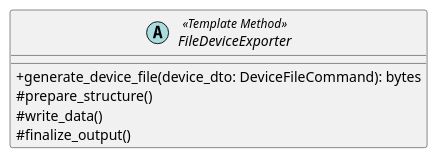
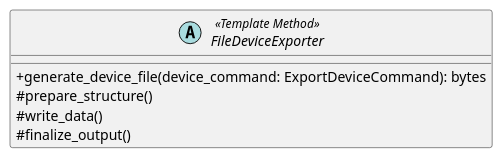
The diagram in src/PB/DocumentazioneEsterna/Specifica_Tecnica/content/uml/puml/Diagrammi_classi/Backend/OutboundAdapters/FileDeviceExporter.puml (GroupRubberDuck/Documentazione), drawn with PlantUML before and after one commit. The commit also changed 2 other files, not shown here.

Commit message:
Fix: aggiustamenti in diagramma ExportDevice

```diff
--- a/src/PB/DocumentazioneEsterna/Specifica_Tecnica/content/uml/puml/Diagrammi_classi/Backend/OutboundAdapters/FileDeviceExporter.puml
+++ b/src/PB/DocumentazioneEsterna/Specifica_Tecnica/content/uml/puml/Diagrammi_classi/Backend/OutboundAdapters/FileDeviceExporter.puml
@@ -1,10 +1,10 @@
 @startuml FileDeviceExporter
 skinparam classAttributeIconSize 0
 abstract class FileDeviceExporter <<Template Method>> {
-    + generate_device_file(device_dto: DeviceFileCommand): bytes
+    + generate_device_file(device_command: ExportDeviceCommand): bytes
     # prepare_structure()
     # write_data()
     # finalize_output()
 }
 
 @enduml
```
